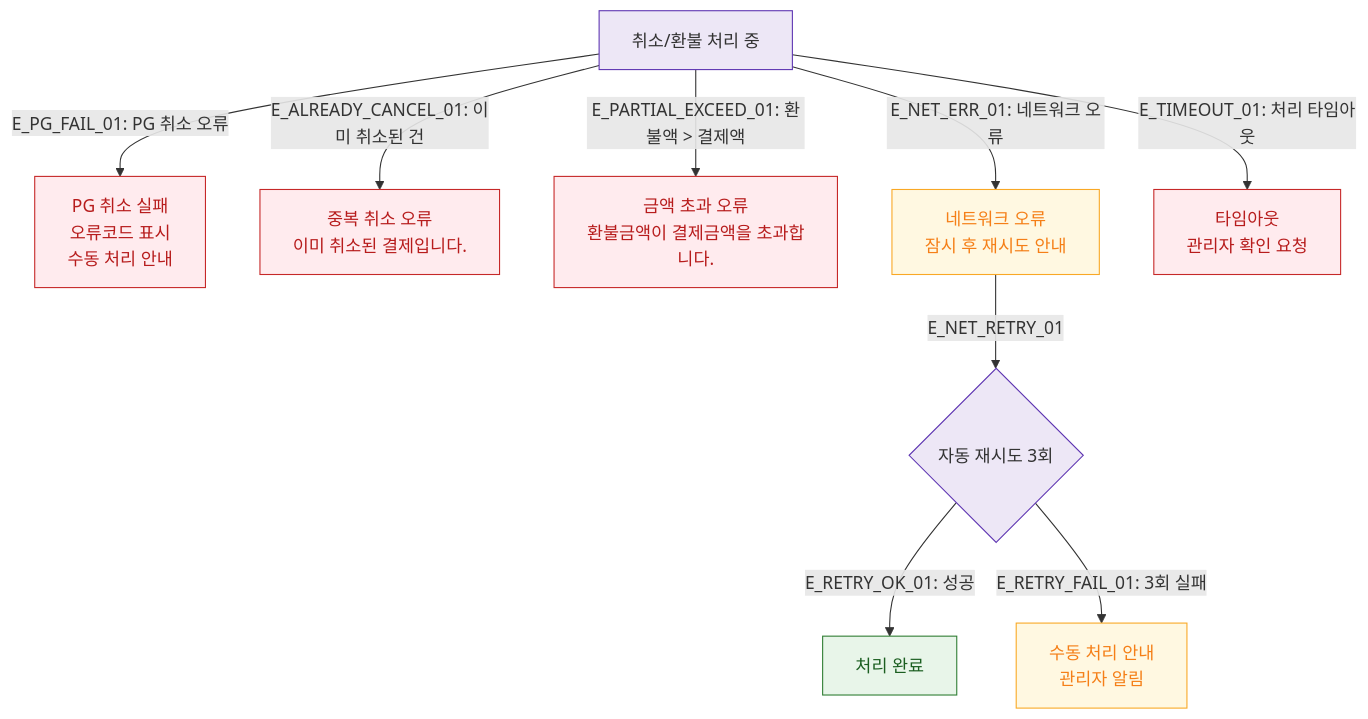
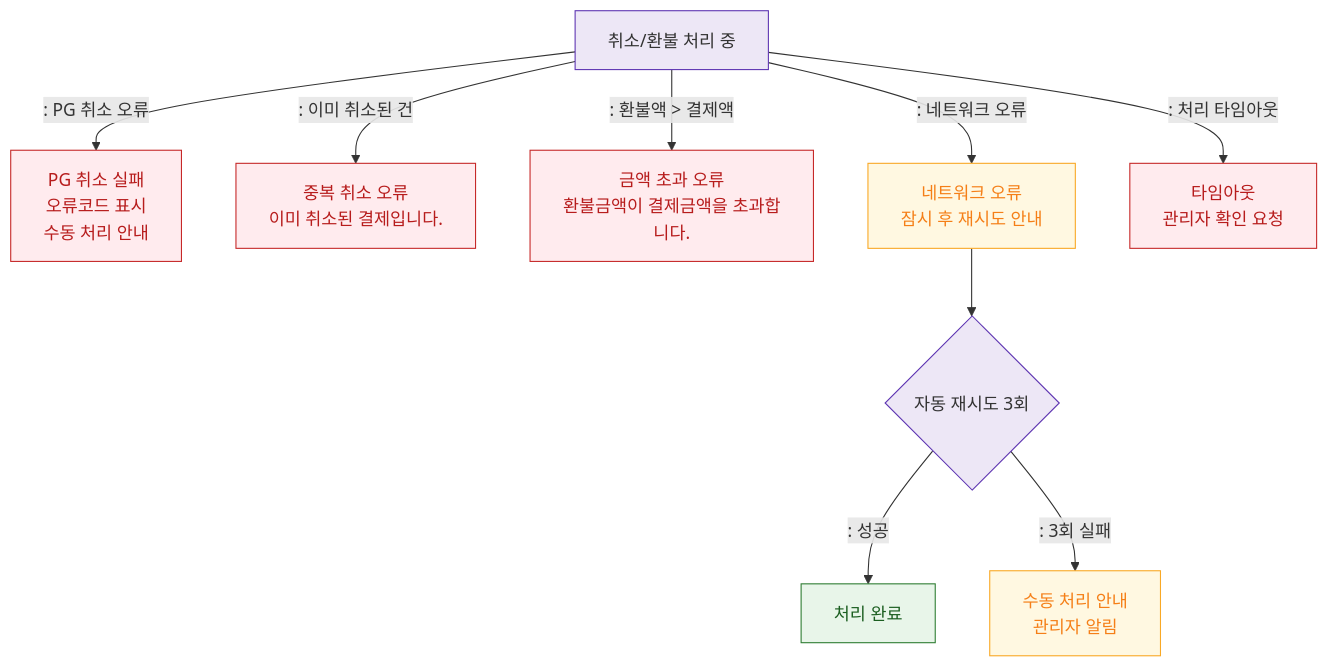
Before and after one commit to dev-spogym/admin-pando: the diagram in docs/다이어그램/D03_매출관리/SCR-S012_결제취소_부분환불/F8_에러.md, drawn with Mermaid. The commit also changed other lines of this file and 1660 other files, not shown here.

First line of the commit message:
다이어그램: 기획자/클라이언트 납품본으로 정리

````diff
--- a/docs/다이어그램/D03_매출관리/SCR-S012_결제취소_부분환불/F8_에러.md
+++ b/docs/다이어그램/D03_매출관리/SCR-S012_결제취소_부분환불/F8_에러.md
@@ -20,24 +18,24 @@
 ```mermaid
 flowchart TD
     PROCESS[취소/환불 처리 중]
 
-    PROCESS -->|"E_PG_FAIL_01: PG 취소 오류"| PG_ERR[PG 취소 실패\n오류코드 표시\n수동 처리 안내]
-    PROCESS -->|"E_ALREADY_CANCEL_01: 이미 취소된 건"| DUPLICATE_ERR[중복 취소 오류\n이미 취소된 결제입니다.]
-    PROCESS -->|"E_PARTIAL_EXCEED_01: 환불액 > 결제액"| EXCEED_ERR[금액 초과 오류\n환불금액이 결제금액을 초과합니다.]
-    PROCESS -->|"E_NET_ERR_01: 네트워크 오류"| NET_ERR[네트워크 오류\n잠시 후 재시도 안내]
-    PROCESS -->|"E_TIMEOUT_01: 처리 타임아웃"| TIMEOUT_ERR[타임아웃\n관리자 확인 요청]
+    PROCESS -->|": PG 취소 오류"|PG_ERR[PG 취소 실패\n오류코드 표시\n수동 처리 안내]
+    PROCESS -->|": 이미 취소된 건"|DUPLICATE_ERR[중복 취소 오류\n이미 취소된 결제입니다.]
+    PROCESS -->|": 환불액 > 결제액"|EXCEED_ERR[금액 초과 오류\n환불금액이 결제금액을 초과합니다.]
+    PROCESS -->|": 네트워크 오류"|NET_ERR[네트워크 오류\n잠시 후 재시도 안내]
+    PROCESS -->|": 처리 타임아웃"|TIMEOUT_ERR[타임아웃\n관리자 확인 요청]
 
-    NET_ERR -->|E_NET_RETRY_01| NET_RETRY{자동 재시도 3회}
-    NET_RETRY -->|"E_RETRY_OK_01: 성공"| PROCESS_OK[처리 완료]
-    NET_RETRY -->|"E_RETRY_FAIL_01: 3회 실패"| MANUAL_PROCESS[수동 처리 안내\n관리자 알림]
+    NET_ERR --> NET_RETRY{자동 재시도 3회}
+    NET_RETRY -->|": 성공"|PROCESS_OK[처리 완료]
+    NET_RETRY -->|": 3회 실패"|MANUAL_PROCESS[수동 처리 안내\n관리자 알림]
 
     classDef error fill:#FFEBEE,stroke:#C62828,color:#B71C1C
     classDef success fill:#E8F5E9,stroke:#2E7D32,color:#1B5E20
     classDef warning fill:#FFF8E1,stroke:#F9A825,color:#F57F17
     classDef system fill:#EDE7F6,stroke:#5E35B2
 
     class PG_ERR,DUPLICATE_ERR,EXCEED_ERR,TIMEOUT_ERR error
     class PROCESS_OK success
     class NET_ERR,MANUAL_PROCESS warning
     class NET_RETRY,PROCESS system
 ```
````
